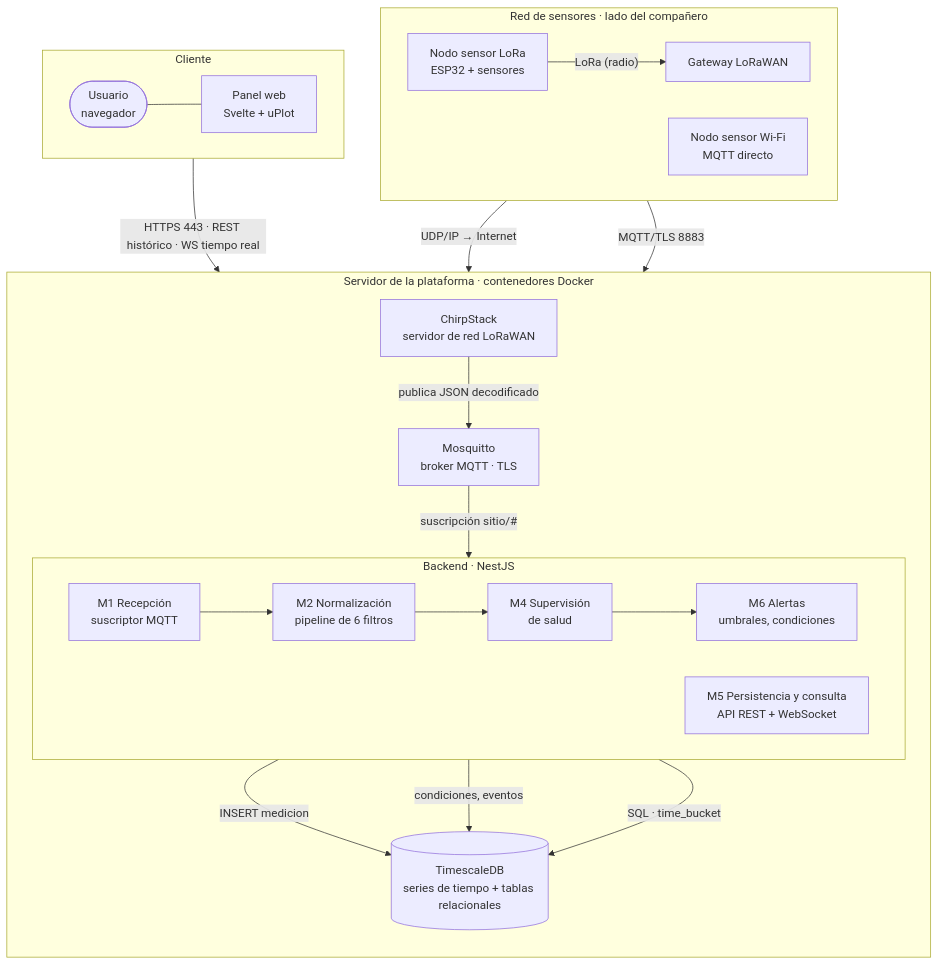
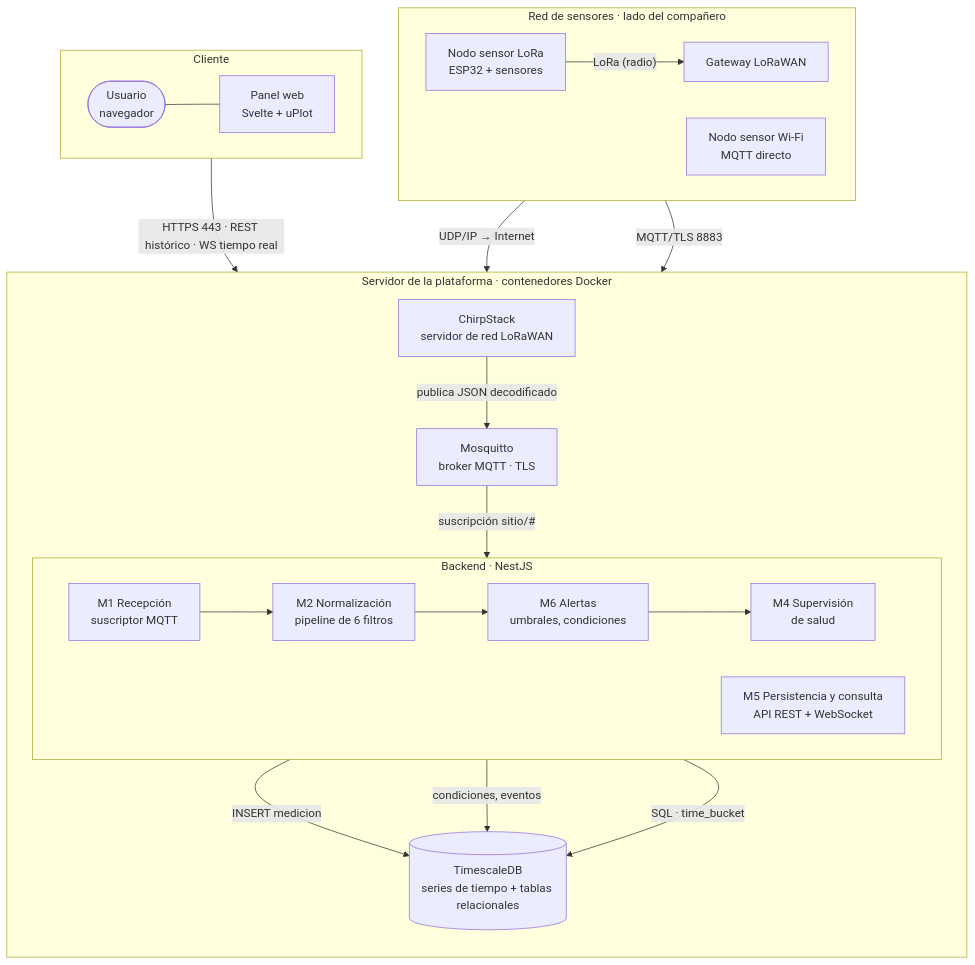
Before and after one commit to vicenterami/tesis: the first of 6 diagrams in docs/10-arquitectura.md, drawn with Mermaid. The commit also changed other lines of this file and 19 other files, not shown here.

````diff
--- a/docs/10-arquitectura.md
+++ b/docs/10-arquitectura.md
@@ -19,35 +19,35 @@
 ```mermaid
 flowchart TB
     subgraph RED["Red de sensores · lado del compañero"]
         direction LR
         N1["Nodo sensor LoRa<br/>ESP32 + sensores"] -- "LoRa (radio)" --> GW["Gateway LoRaWAN"]
         N2["Nodo sensor Wi-Fi<br/>MQTT directo"]
     end
 
     subgraph SRV["Servidor de la plataforma · contenedores Docker"]
         direction TB
         CS["ChirpStack<br/>servidor de red LoRaWAN"]
         MQ["Mosquitto<br/>broker MQTT · TLS"]
         subgraph BE["Backend · NestJS"]
             direction LR
             M1["M1 Recepción<br/>suscriptor MQTT"] --> M2["M2 Normalización<br/>pipeline de 6 filtros"]
-            M2 --> M4["M4 Supervisión<br/>de salud"] --> M6["M6 Alertas<br/>umbrales, condiciones"]
+            M2 --> M6["M6 Alertas<br/>umbrales, condiciones"] --> M4["M4 Supervisión<br/>de salud"]
             M5["M5 Persistencia y consulta<br/>API REST + WebSocket"]
         end
         DB[("TimescaleDB<br/>series de tiempo + tablas relacionales")]
     end
 
     subgraph CLI["Cliente"]
         direction LR
         U(["Usuario<br/>navegador"]) --- FE["Panel web<br/>Svelte + uPlot"]
     end
 
     GW -- "UDP/IP → Internet" --> CS
     CS -- "publica JSON decodificado" --> MQ
     N2 -- "MQTT/TLS 8883" --> MQ
     MQ -- "suscripción sitio/#" --> M1
     M2 -- "INSERT medicion" --> DB
     M6 -- "condiciones, eventos" --> DB
     M5 -- "SQL · time_bucket" --> DB
     FE -- "HTTPS 443 · REST histórico · WS tiempo real" --> M5
 ```
````
